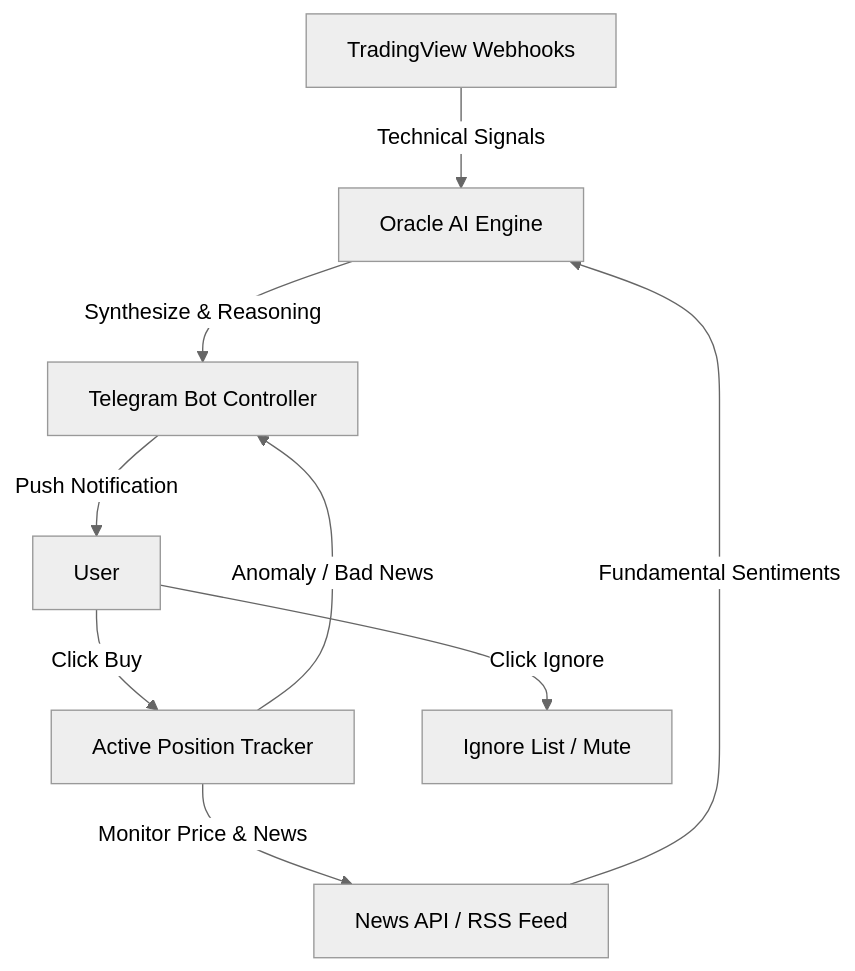
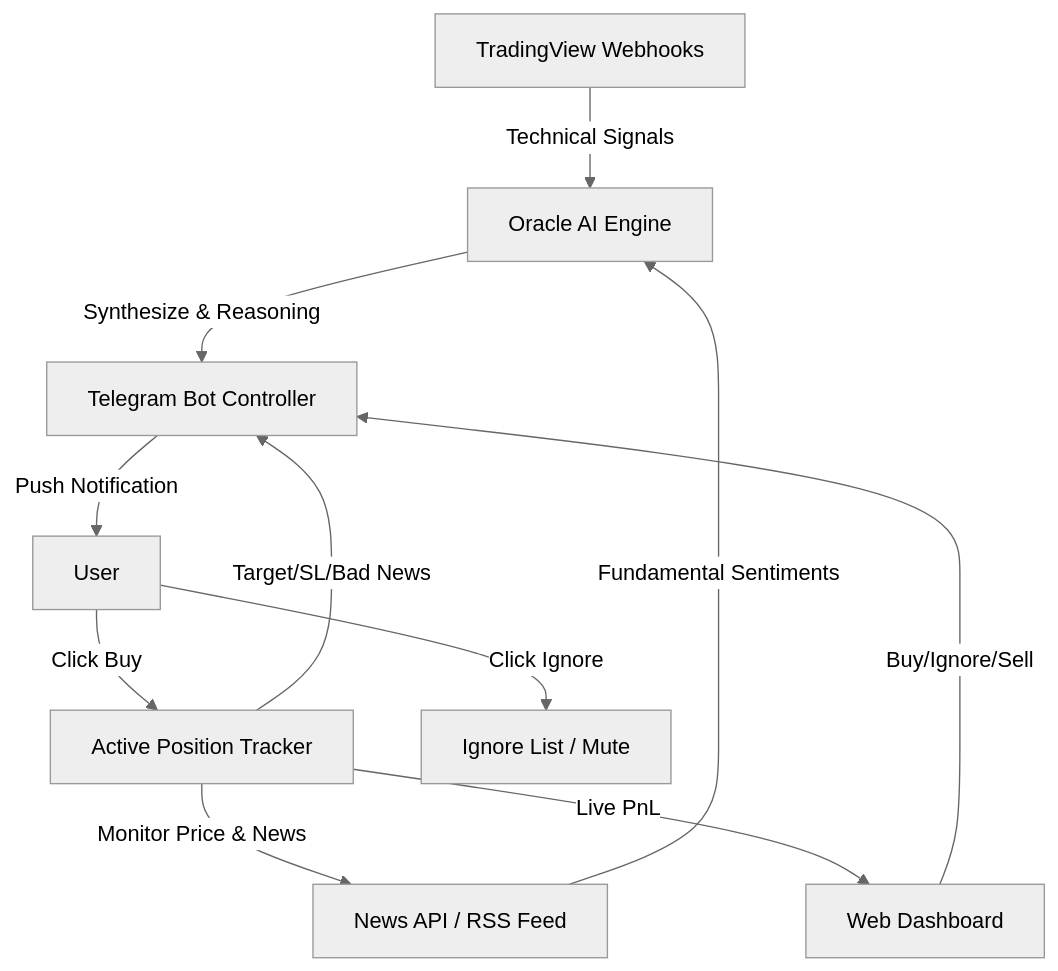
Before and after one commit to fatidaprilian/project-oracle: the diagram in docs/architecture.md, drawn with Mermaid (neutral theme). The commit also changed other lines of this file and 6 other files, not shown here.

````diff
--- a/docs/architecture.md
+++ b/docs/architecture.md
@@ -14,15 +14,18 @@
 ```mermaid
 flowchart TD
     A[TradingView Webhooks] -->|Technical Signals| C[Oracle AI Engine]
     B[News API / RSS Feed] -->|Fundamental Sentiments| C
     
     C -->|Synthesize & Reasoning| D[Telegram Bot Controller]
     
     D -->|Push Notification| E[User]
     
     E -->|Click Buy| F[Active Position Tracker]
     E -->|Click Ignore| G[Ignore List / Mute]
     
     F -->|Monitor Price & News| B
-    F -->|Anomaly / Bad News| D
+    F -->|Target/SL/Bad News| D
+    F -->|Live PnL| H[Web Dashboard]
+    
+    H -->|Buy/Ignore/Sell| D
 ```
````
